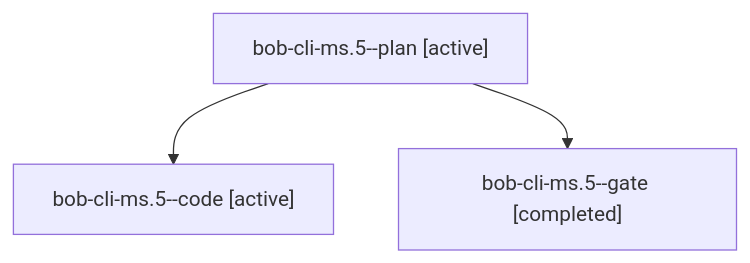
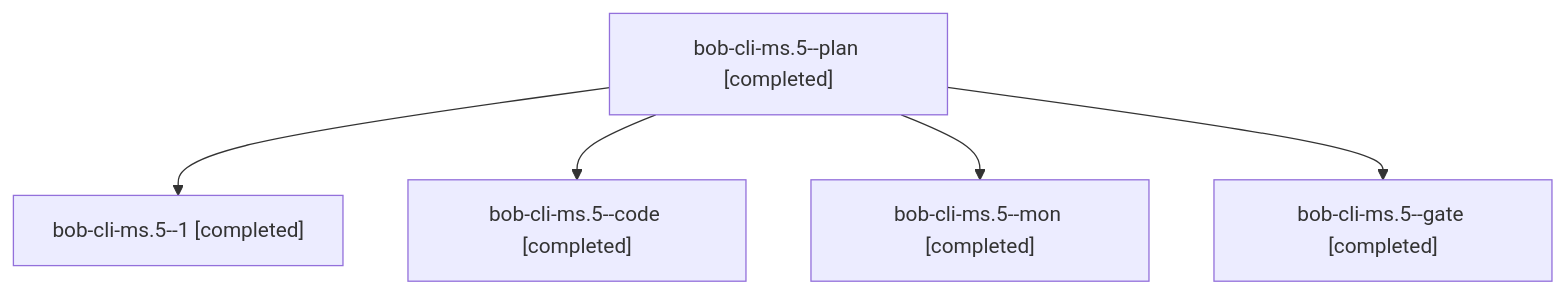
Before and after one commit to bobs-org/bob-cli--agents: the diagram in sessions/bbugyi200.apollo.bob-cli-ms.5.md, drawn with Mermaid. The commit also changed other lines of this file and 47 other files, not shown here.

````diff
--- a/sessions/bbugyi200.apollo.bob-cli-ms.5.md
+++ b/sessions/bbugyi200.apollo.bob-cli-ms.5.md
@@ -9,8 +9,12 @@
 ```mermaid
 flowchart TD
-  n0["bob-cli-ms.5--plan [active]"]
-  n1["bob-cli-ms.5--code [active]"]
+  n0["bob-cli-ms.5--plan [completed]"]
+  n1["bob-cli-ms.5--1 [completed]"]
   n0 --> n1
-  n2["bob-cli-ms.5--gate [completed]"]
+  n2["bob-cli-ms.5--code [completed]"]
   n0 --> n2
+  n3["bob-cli-ms.5--mon [completed]"]
+  n0 --> n3
+  n4["bob-cli-ms.5--gate [completed]"]
+  n0 --> n4
 ```
````
